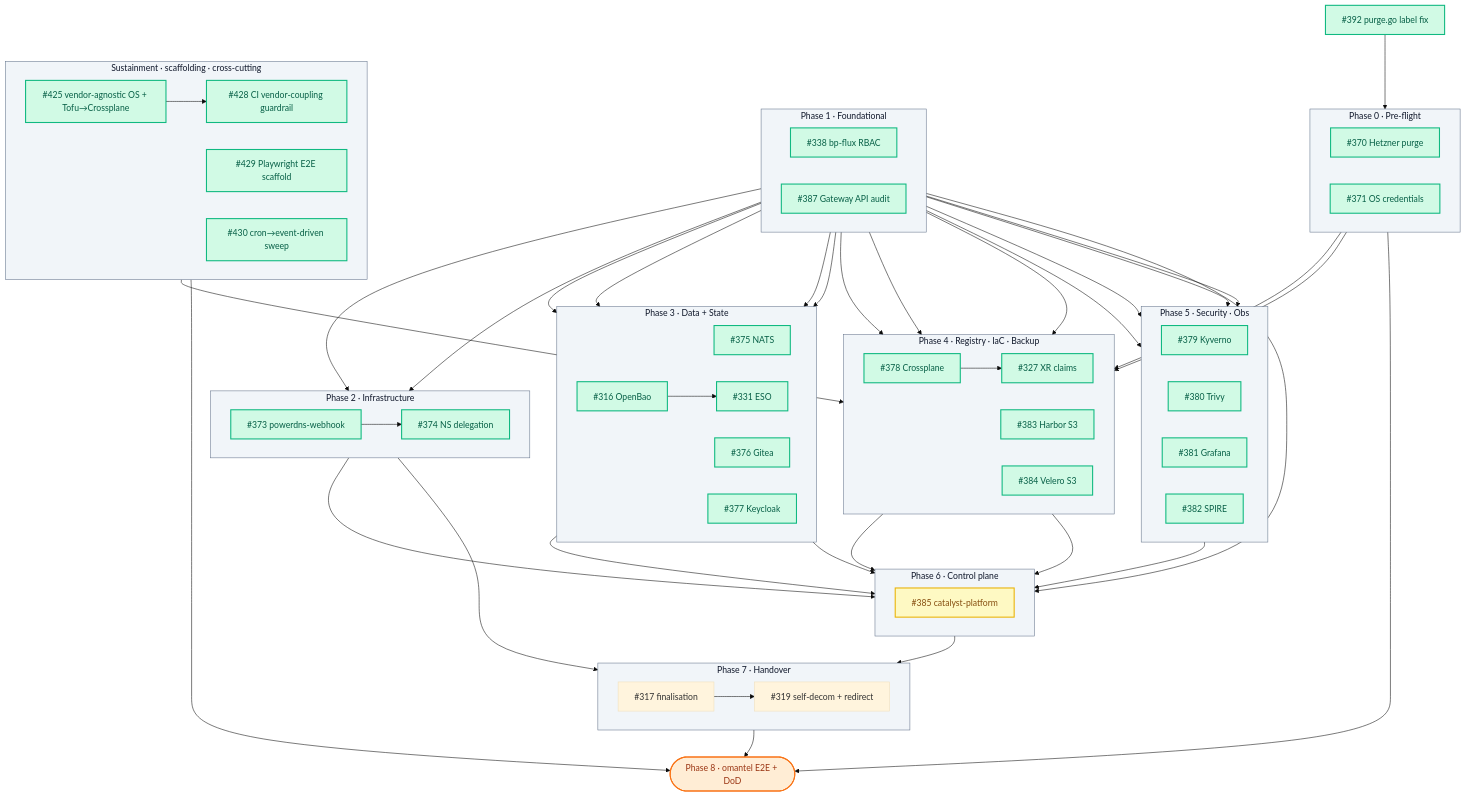
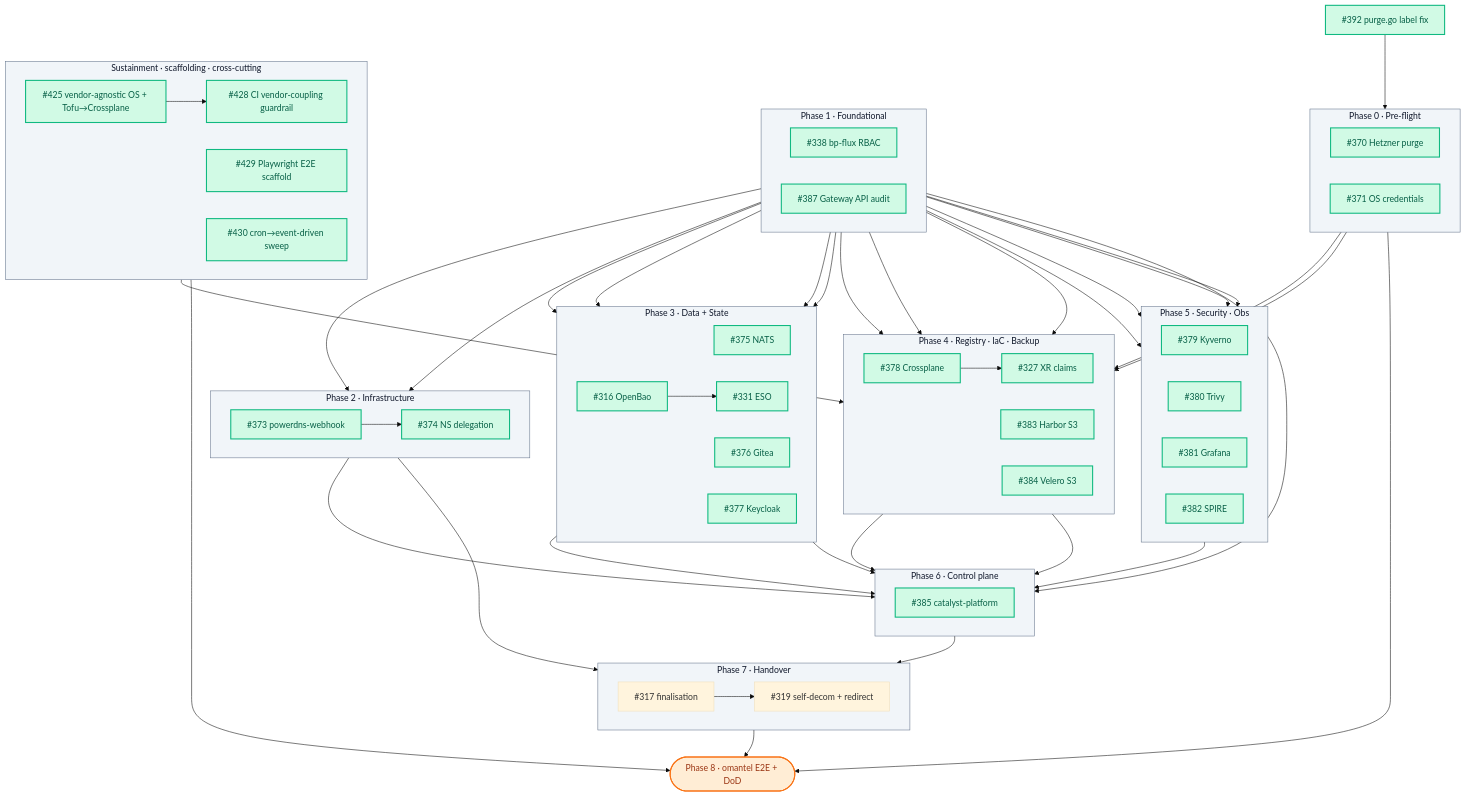
Before and after one commit to openova-io/openova: the diagram in docs/omantel-handover-wbs.md, drawn with Mermaid (base theme). The commit also changed other lines of this file, not shown here.

```diff
--- a/docs/omantel-handover-wbs.md
+++ b/docs/omantel-handover-wbs.md
@@ -204,8 +204,7 @@
     T392 --> T370
 
     class PH0,PH1,PH2,PH3,PH4,PH5,PH6,PH7,SCAF phase
-    class T316,T327,T331,T338,T370,T371,T373,T374,T375,T376,T377,T378,T379,T380,T381,T382,T383,T384,T387,T392,T425,T428,T429,T430,T438 done
-    class T385 wip
+    class T316,T327,T331,T338,T370,T371,T373,T374,T375,T376,T377,T378,T379,T380,T381,T382,T383,T384,T385,T387,T392,T425,T428,T429,T430,T438 done
 
     %% Clickable ticket numbers — open the GitHub issue in a new tab
     click T316 "https://github.com/openova-io/openova/issues/316" "Open #316" _blank
```
